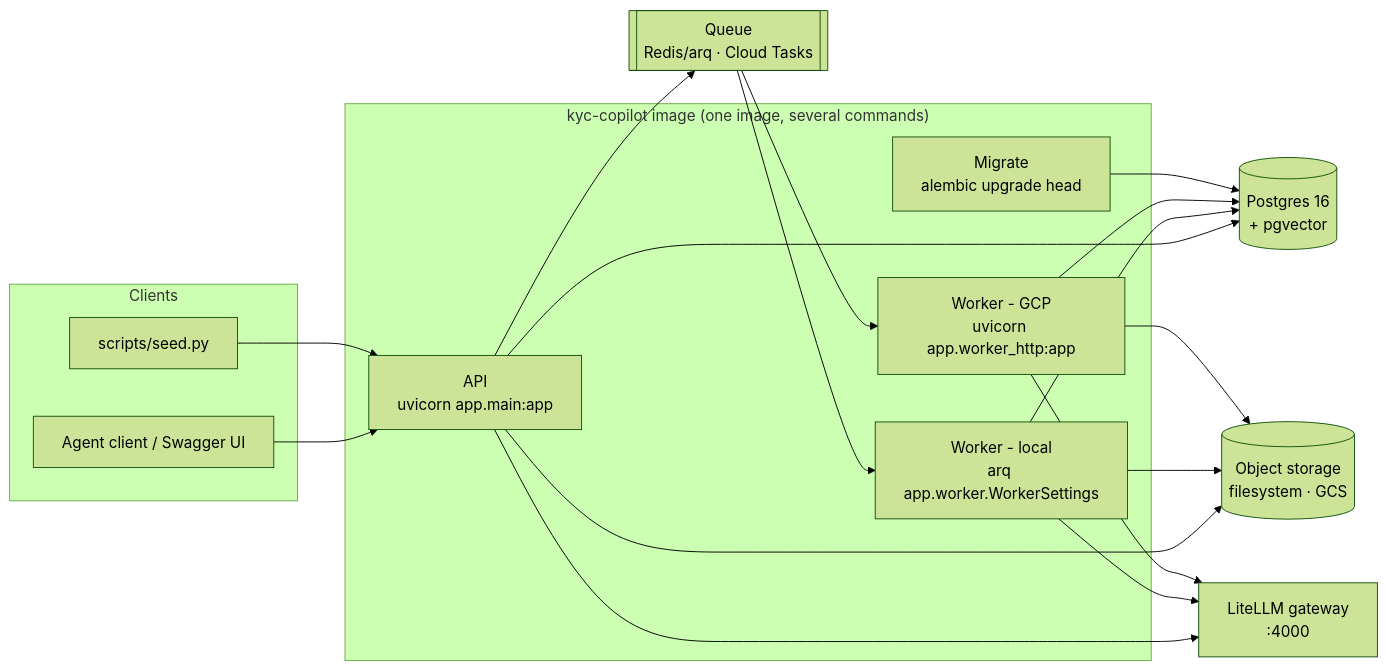
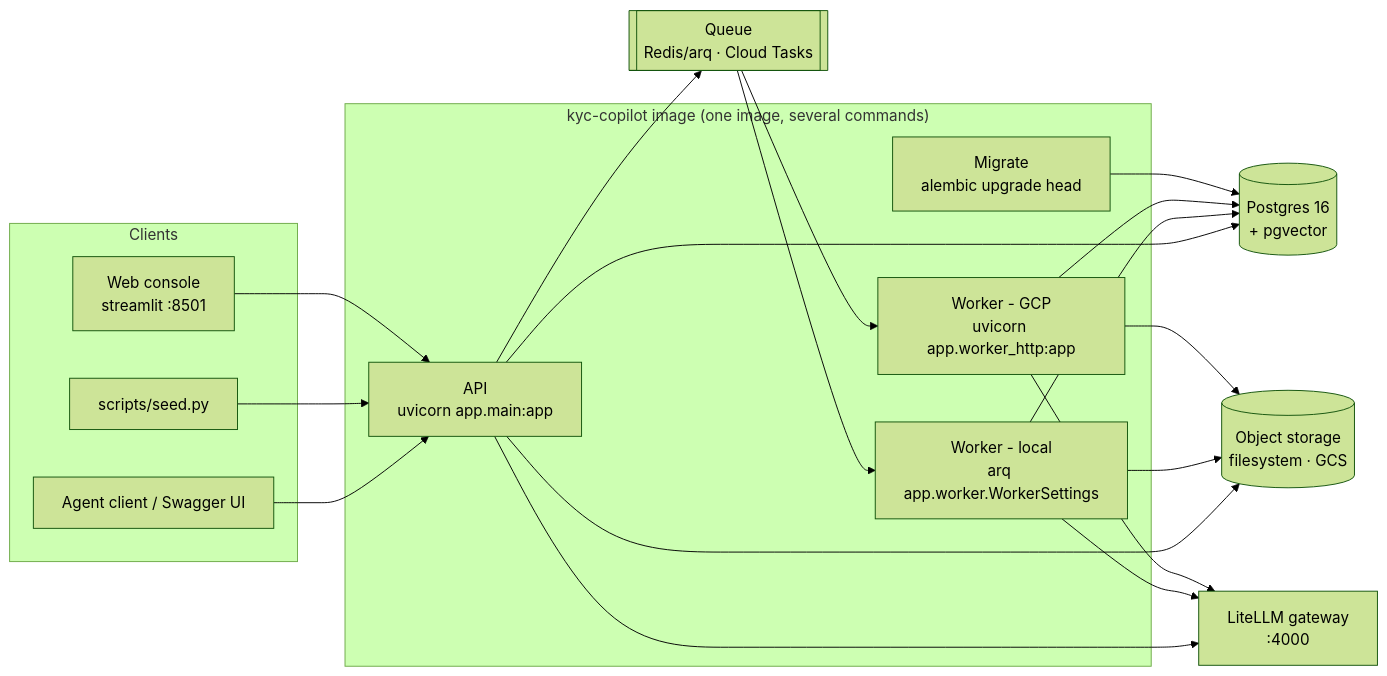
Before and after one commit to karthikkumar27/kyc-copilot: the second of 7 diagrams in docs/TSD.md, drawn with Mermaid (forest theme). The commit also changed other lines of this file and 2 other files, not shown here.

First line of the commit message:
docs: describe the web console in README, FSD and TSD

````diff
--- a/docs/TSD.md
+++ b/docs/TSD.md
@@ -34,33 +34,35 @@
 ```mermaid
 flowchart LR
   subgraph Clients
     U[Agent client / Swagger UI]
     S[scripts/seed.py]
+    W[Web console<br/>streamlit :8501]
   end
   subgraph App["kyc-copilot image (one image, several commands)"]
     API[API<br/>uvicorn app.main:app]
     WQ[Worker - local<br/>arq app.worker.WorkerSettings]
     WH[Worker - GCP<br/>uvicorn app.worker_http:app]
     MIG[Migrate<br/>alembic upgrade head]
   end
   GW[LiteLLM gateway<br/>:4000]
   PG[(Postgres 16<br/>+ pgvector)]
   Q[[Queue<br/>Redis/arq · Cloud Tasks]]
   OBJ[(Object storage<br/>filesystem · GCS)]
 
   U --> API
   S --> API
+  W --> API
   API --> PG
   API --> OBJ
   API --> Q
   API --> GW
   Q --> WQ
   Q --> WH
   WQ --> OBJ
   WQ --> PG
   WQ --> GW
   WH --> OBJ
   WH --> PG
   WH --> GW
   MIG --> PG
 ```
````
